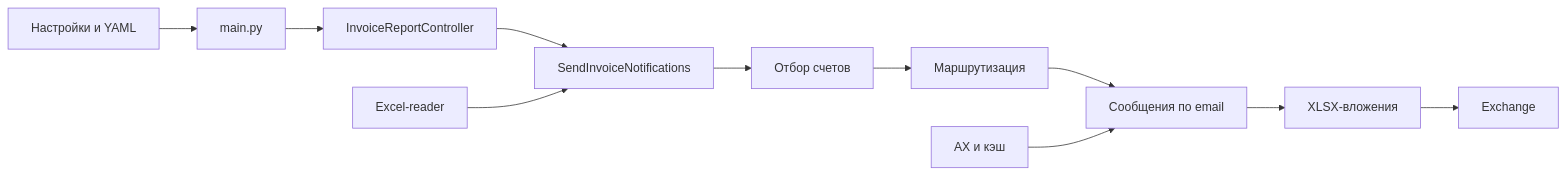
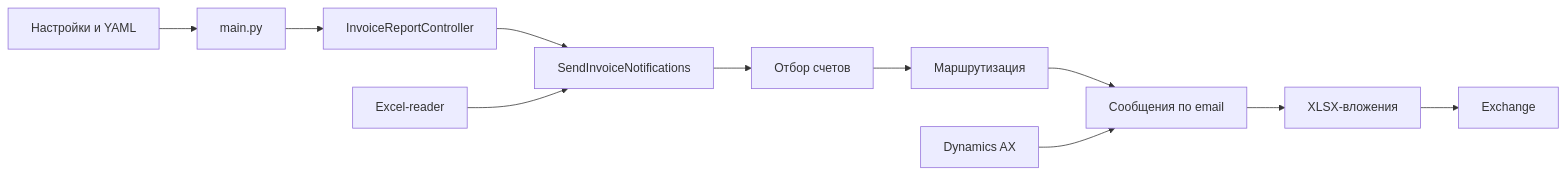
One commit to SameUsers/notiocer changed the diagram in README.md. Above: the diagram before and after it, drawn with Mermaid. The commit also changed other lines of this file and 1 other file, not shown here.

Commit message:
fix: отключить кэш email сотрудников AX

````diff
--- a/README.md
+++ b/README.md
@@ -114,13 +117,13 @@
 ```mermaid
 flowchart LR
     Config[Настройки и YAML] --> Main[main.py]
     Main --> Controller[InvoiceReportController]
     Controller --> Flow[SendInvoiceNotifications]
     Excel[Excel-reader] --> Flow
     Flow --> Select[Отбор счетов]
     Select --> Routes[Маршрутизация]
     Routes --> Messages[Сообщения по email]
-    AX[AX и кэш] --> Messages
+    AX[Dynamics AX] --> Messages
     Messages --> XLSX[XLSX-вложения]
     XLSX --> Send[Exchange]
 ```
````
